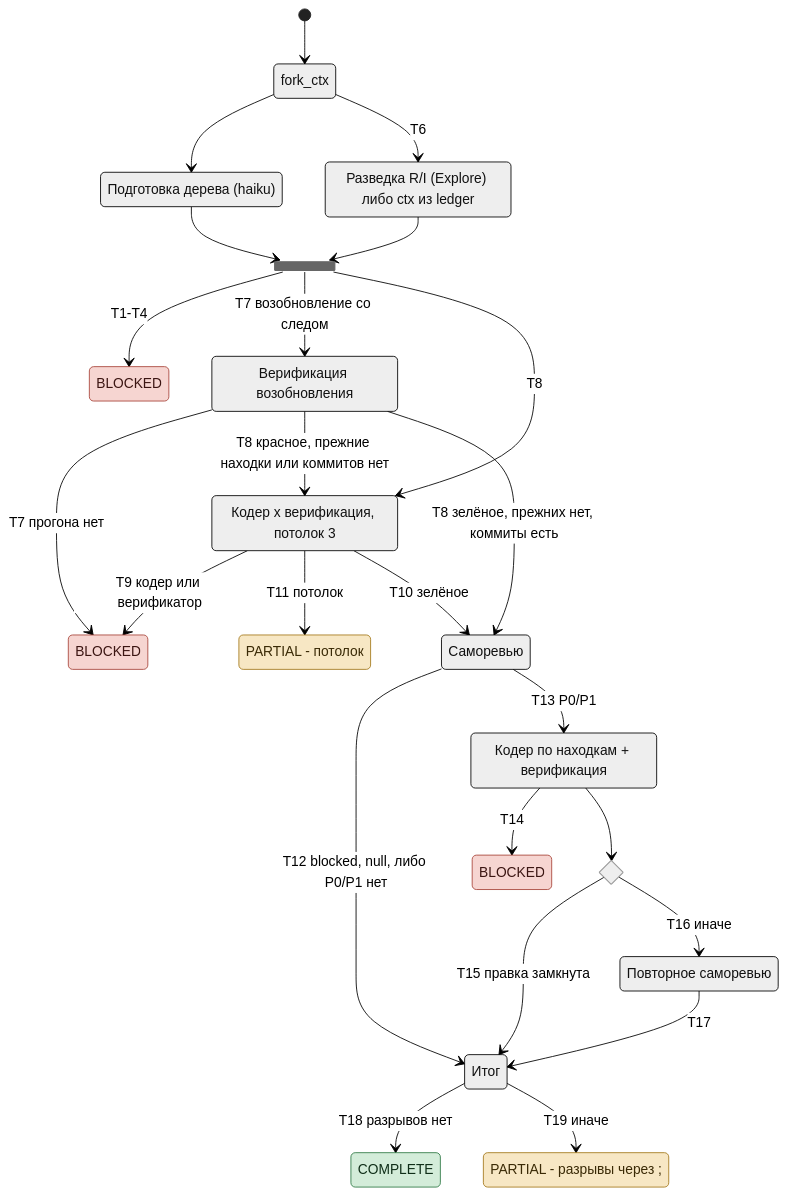
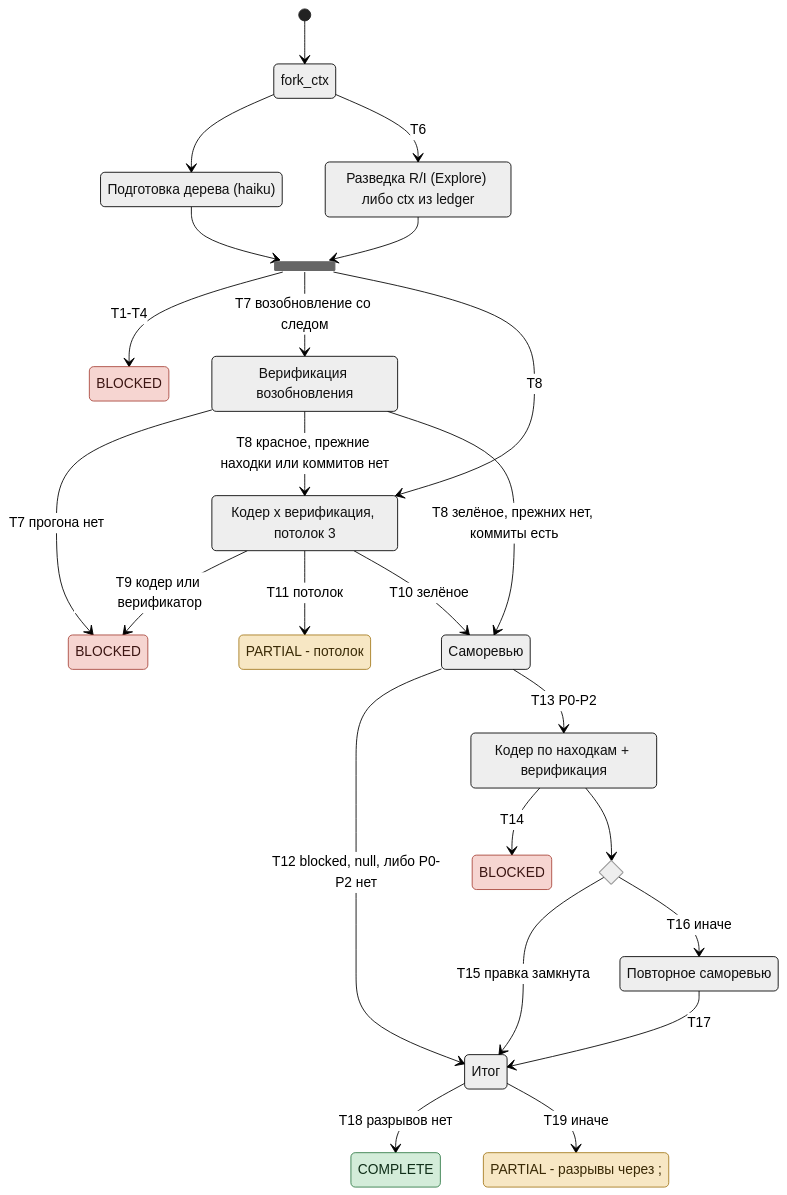
One commit to dex-it/claude-code-marketplace changed the diagram in plugins/auto/docs/tracks/feature.md. Above: the diagram before and after it, drawn with Mermaid (neutral theme). The commit also changed other lines of this file and 59 other files, not shown here.

````diff
--- a/plugins/auto/docs/tracks/feature.md
+++ b/plugins/auto/docs/tracks/feature.md
@@ -14,53 +14,53 @@
 ```mermaid
 stateDiagram-v2
   direction TB
   [*] --> fork_ctx
   state fork_ctx <<fork>>
   state join_ctx <<join>>
   state "Подготовка дерева (haiku)" as Prep
   state "Разведка R/I (Explore) либо ctx из ledger" as Req
   state "Верификация возобновления" as VerR
   state "Кодер x верификация, потолок 3" as Fix
   state "Саморевью" as Rev
   state "Кодер по находкам + верификация" as Fix2
   state "Повторное саморевью" as Rev2
   state "Итог" as Final
   state sealChoice <<choice>>
 
   state "BLOCKED" as B1
   state "BLOCKED" as B2
   state "BLOCKED" as B3
   state "PARTIAL - потолок" as P0
   state "COMPLETE" as C
   state "PARTIAL - разрывы через ;" as P1
 
   fork_ctx --> Prep
   fork_ctx --> Req: T6
   Prep --> join_ctx
   Req --> join_ctx
   join_ctx --> B1: T1-T4
   join_ctx --> VerR: T7 возобновление со следом
   join_ctx --> Fix: T8
   VerR --> B2: T7 прогона нет
   VerR --> Fix: T8 красное, прежние находки или коммитов нет
   VerR --> Rev: T8 зелёное, прежних нет, коммиты есть
   Fix --> B2: T9 кодер или верификатор
   Fix --> P0: T11 потолок
   Fix --> Rev: T10 зелёное
-  Rev --> Final: T12 blocked, null, либо P0/P1 нет
-  Rev --> Fix2: T13 P0/P1
+  Rev --> Final: T12 blocked, null, либо P0-P2 нет
+  Rev --> Fix2: T13 P0-P2
   Fix2 --> B3: T14
   Fix2 --> sealChoice
   sealChoice --> Final: T15 правка замкнута
   sealChoice --> Rev2: T16 иначе
   Rev2 --> Final: T17
   Final --> C: T18 разрывов нет
   Final --> P1: T19 иначе
 
   classDef stop fill:#f6d5d1,stroke:#a8453b,color:#3b1512
   classDef part fill:#f7e7c4,stroke:#a57a1c,color:#3a2a06
   classDef done fill:#d3ecd9,stroke:#2f7a45,color:#0f2e18
   class B1,B2,B3 stop
   class P0,P1 part
   class C done
 ```
````
